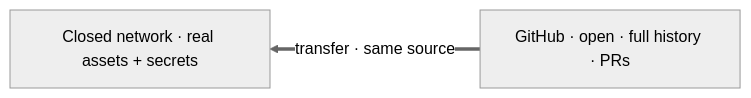
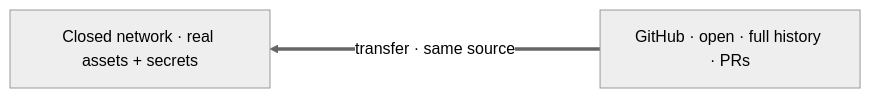
Before and after one commit to even-alpha-academy/alpha-onboarding: the diagram in site/src/content/docs/alpha/secrets-networks.md, drawn with Mermaid (neutral theme).

Commit message:
fix(diagrams): space out the two-networks RL diagram
The "transfer · same source" edge label was jammed against the GitHub
node in the cramped two-node RL layout. A per-diagram rankSpacing init
directive gives the edge room so the label sits cleanly on the arrow.

````diff
--- a/site/src/content/docs/alpha/secrets-networks.md
+++ b/site/src/content/docs/alpha/secrets-networks.md
@@ -9,6 +9,7 @@
 ```mermaid
+%%{init: {'flowchart': {'rankSpacing': 170}}}%%
 flowchart RL
     GH["GitHub · open · full history · PRs"]
     CN["Closed network · real assets + secrets"]
     GH == "transfer · same source" ==> CN
 ```
````
